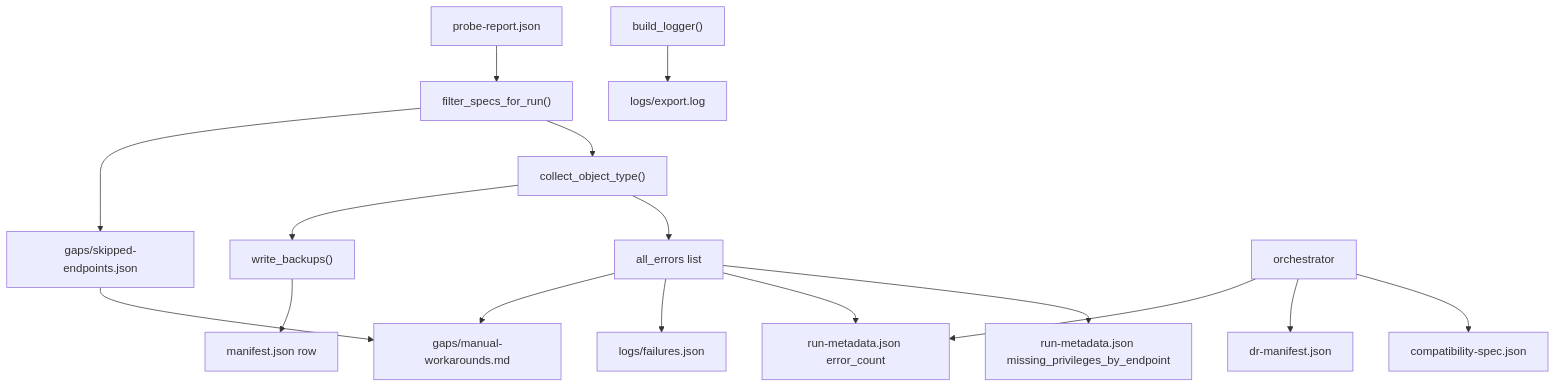
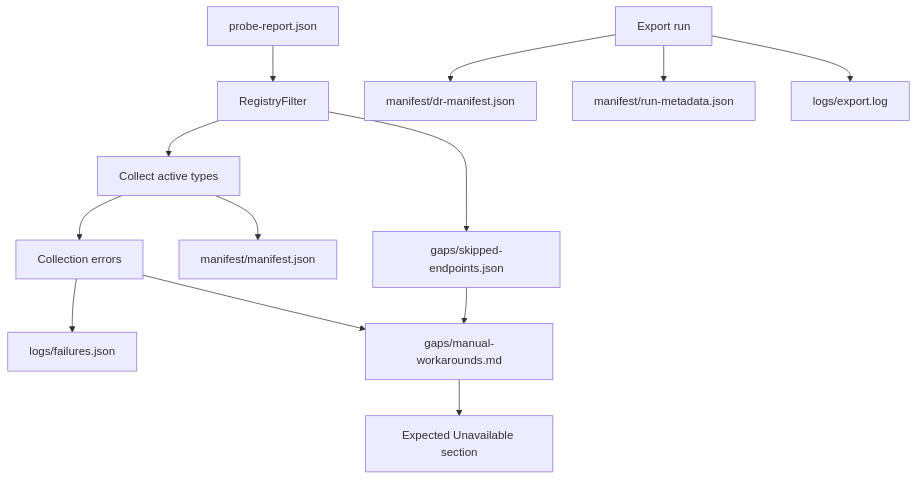
One commit to roto31/jamf-dossier changed the diagram in docs/output/manifest-gaps-logs.md. Above: the diagram before and after it, drawn with Mermaid. The commit also changed other lines of this file and 26 other files, not shown here.

First line of the commit message:
docs: v0.4.0 consumer pages, Mermaid, and nav parity

````diff
--- a/docs/output/manifest-gaps-logs.md
+++ b/docs/output/manifest-gaps-logs.md
@@ -164,18 +7,15 @@
 ```mermaid
 flowchart TD
-  Probe["probe-report.json"] --> Filter["filter_specs_for_run()"]
+  Probe["probe-report.json"] --> Filter["RegistryFilter"]
   Filter --> SkippedJSON["gaps/skipped-endpoints.json"]
-  Filter --> Collect["collect_object_type()"]
-  Collect --> Backup["write_backups()"]
-  Backup --> ManifestJSON["manifest.json row"]
-  Collect --> Errors["all_errors list"]
+  Filter --> Collect["Collect active types"]
+  Collect --> ManifestJSON["manifest/manifest.json"]
+  Collect --> Errors["Collection errors"]
+  Errors --> FailJSON["logs/failures.json"]
   Errors --> GapsMD["gaps/manual-workarounds.md"]
-  Errors --> FailJSON["logs/failures.json"]
-  Errors --> RunMeta["run-metadata.json error_count"]
-  Errors --> Priv["run-metadata.json missing_privileges_by_endpoint"]
   SkippedJSON --> GapsMD
-  Orch["orchestrator"] --> RunMeta
-  Orch --> DRMan["dr-manifest.json"]
-  Orch --> Compat["compatibility-spec.json"]
-  Logger["build_logger()"] --> ExportLog["logs/export.log"]
+  GapsMD --> Expected["Expected Unavailable section"]
+  Orch["Export run"] --> DRMan["manifest/dr-manifest.json"]
+  Orch --> RunMeta["manifest/run-metadata.json"]
+  Orch --> ExportLog["logs/export.log"]
 ```
````
